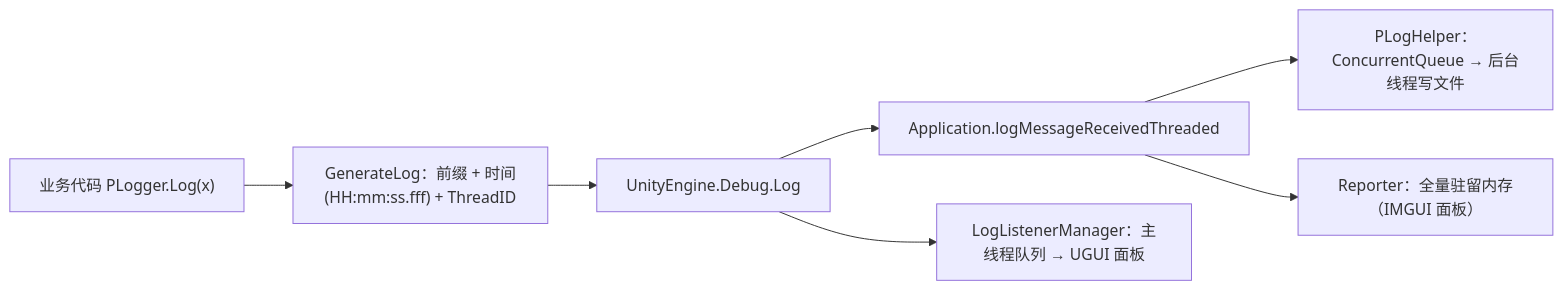
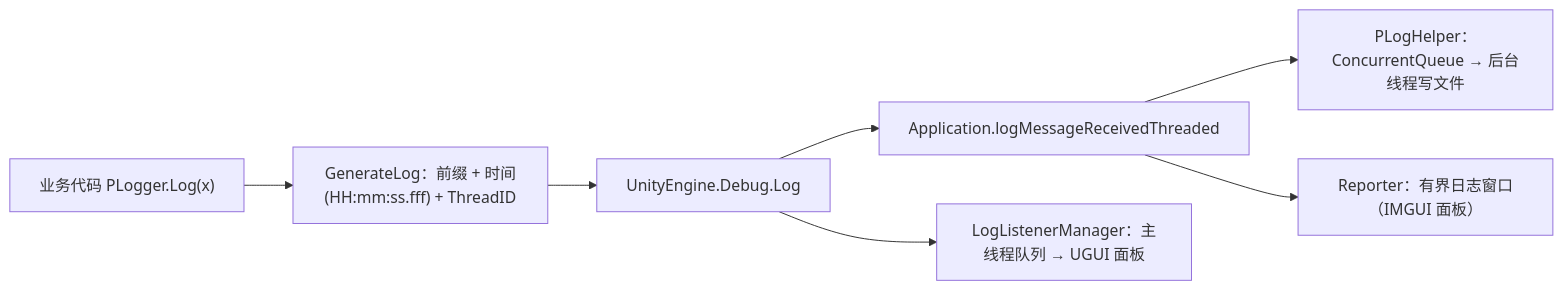
One commit to HJX-GitUser/UPandaFramework changed the diagram in Runtime/Manager/DebugSystem/README.md. Above: the diagram before and after it, drawn with Mermaid. The commit also changed other lines of this file and 111 other files, not shown here.

````diff
--- a/Runtime/Manager/DebugSystem/README.md
+++ b/Runtime/Manager/DebugSystem/README.md
@@ -83,9 +85,9 @@
 ```mermaid
 flowchart LR
     A["业务代码 PLogger.Log(x)"] --> B["GenerateLog：前缀 + 时间(HH:mm:ss.fff) + ThreadID"]
     B --> C["UnityEngine.Debug.Log"]
     C --> D["Application.logMessageReceivedThreaded"]
     D --> E["PLogHelper：ConcurrentQueue → 后台线程写文件"]
-    D --> F["Reporter：全量驻留内存（IMGUI 面板）"]
+    D --> F["Reporter：有界日志窗口（IMGUI 面板）"]
     C --> G["LogListenerManager：主线程队列 → UGUI 面板"]
 ```
````
